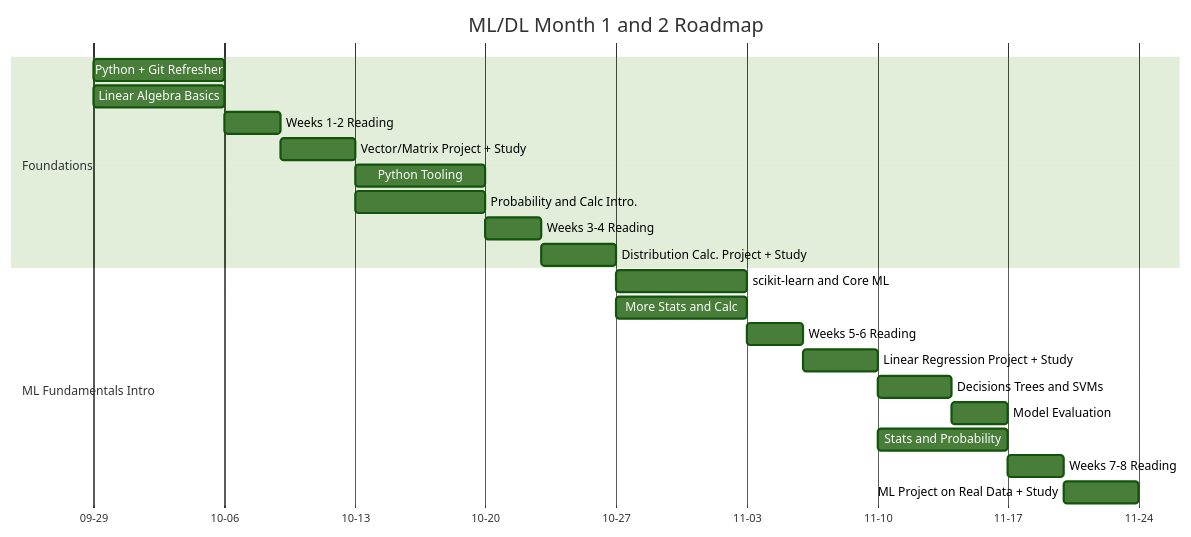
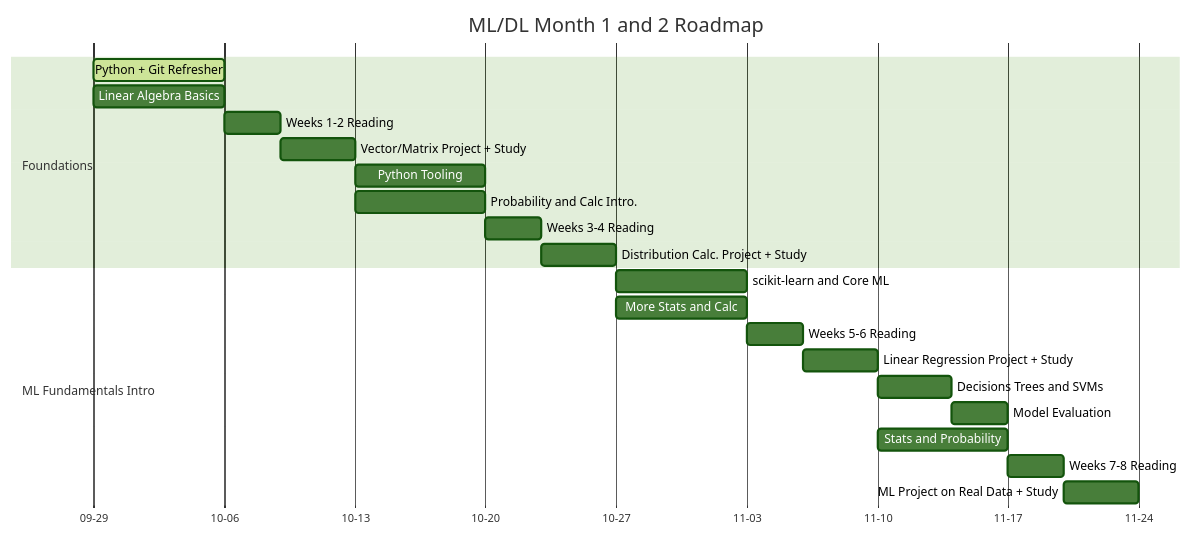
One commit to Dueling-W/ml-dl-dev-roadmap changed the diagram in gantt-month-1-2.md. Above: the diagram before and after it, drawn with Mermaid (forest theme).

````diff
--- a/gantt-month-1-2.md
+++ b/gantt-month-1-2.md
@@ -1,50 +1,50 @@
 ```mermaid
 gantt
     title ML/DL Month 1 and 2 Roadmap
     dateFormat  YYYY-MM-DD
     tickInterval 1week
     weekday monday
     axisFormat  %m-%d
 
     %% ============================
     section Foundations
-    Python + Git Refresher    :a1, 2025-09-29, 7d
+    Python + Git Refresher    :active, a1, 2025-09-29, 7d
     Linear Algebra Basics     :a2, 2025-09-29, 7d
     Weeks 1-2 Reading            :a3, after a2, 3d
     Vector/Matrix Project + Study    :a4, after a3, 4d
     Python Tooling          :a5, after a4, 7d
     Probability and Calc Intro.    :a6, after a4, 7d
     Weeks 3-4 Reading          :a7, after a6, 3d
     Distribution Calc. Project + Study  :a8, after a7, 4d
 
     section ML Fundamentals Intro
     scikit-learn and Core ML      :b1, after a8, 7d
     More Stats and Calc:          : b2, after a8, 7d
     Weeks 5-6 Reading             : b3, after b1, 3d
     Linear Regression Project + Study     : b4, after b3, 4d
     Decisions Trees and SVMs      :b5, after b4, 4d
     Model Evaluation              :b6, after b5, 3d
     Stats and Probability:        :b7, after b4, 7d
     Weeks 7-8 Reading             :b8, after b6, 3d
     ML Project on Real Data + Study      :b9, after b8, 4d
 
     %% ============================
     %%section ML Fundamentals (Months 3-4)
     %%Linear/Logistic Regression      :b1, 2025-11-15, 14d
     %%Gradient Descent Implementation :b2, after b1, 14d
     %%Decision Trees + SVMs           :b3, after b2, 14d
     %%Model Eval: ROC/AUC, CV         :b4, after b3, 14d
     %%PCA + Dimensionality Reduction  :b5, 2025-12-15, 14d
     %%Regularization + Bias-Variance  :b6, after b5, 14d
     %%End-to-End ML Pipeline Project  :b7, after b6, 14d
 
     %% ============================
     %%section Deep Learning Foundations (Months 5-6)
     %%Neural Net from Scratch (NumPy) :c1, 2026-01-15, 14d
     %%Backpropagation + Activations   :c2, after c1, 14d
     %%PyTorch Basics + MLP Training   :c3, after c2, 14d
     %%CNN Basics (CIFAR-10)           :c4, after c3, 14d
     %%Regularization (Dropout/BN)     :c5, 2026-02-15, 14d
     %%Transfer Learning w/ ResNet     :c6, after c5, 14d
     %%Final Report + Wrap-Up          :c7, after c6, 14d
 ```
````
